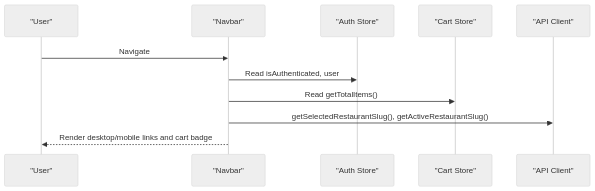
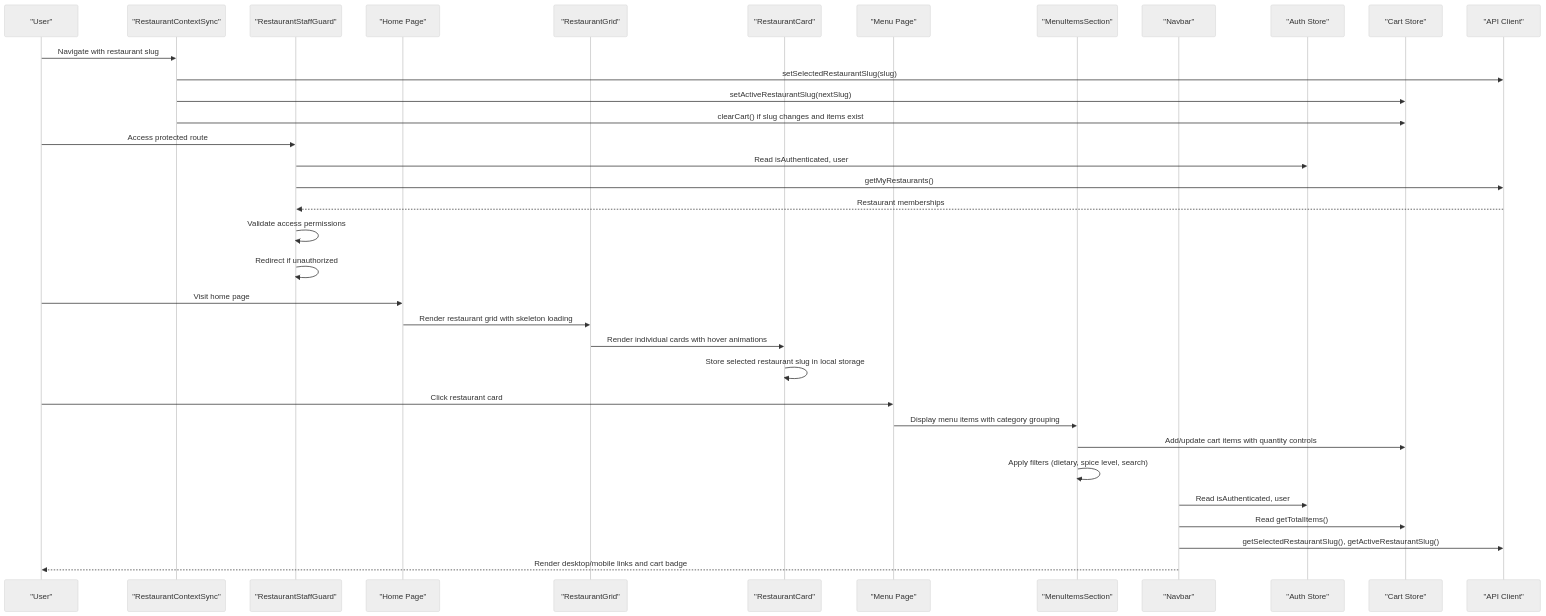
One commit to Dequeue-Tech/DeQ-Bite changed the second of 11 diagrams in .qoder/repowiki/en/content/Frontend System/Component Library.md. Above: the diagram before and after it, drawn with Mermaid (neutral theme). The commit also changed other lines of this file and 25 other files, not shown here.

````diff
--- a/.qoder/repowiki/en/content/Frontend System/Component Library.md
+++ b/.qoder/repowiki/en/content/Frontend System/Component Library.md
@@ -110,13 +193,37 @@
 ```mermaid
 sequenceDiagram
 participant U as "User"
+participant RCS as "RestaurantContextSync"
+participant RSG as "RestaurantStaffGuard"
+participant HP as "Home Page"
+participant RG as "RestaurantGrid"
+participant RC as "RestaurantCard"
+participant MP as "Menu Page"
+participant MIS as "MenuItemsSection"
 participant Nav as "Navbar"
 participant Auth as "Auth Store"
 participant Cart as "Cart Store"
 participant API as "API Client"
-U->>Nav : Navigate
+U->>RCS : Navigate with restaurant slug
+RCS->>API : setSelectedRestaurantSlug(slug)
+RCS->>Cart : setActiveRestaurantSlug(nextSlug)
+RCS->>Cart : clearCart() if slug changes and items exist
+U->>RSG : Access protected route
+RSG->>Auth : Read isAuthenticated, user
+RSG->>API : getMyRestaurants()
+API-->>RSG : Restaurant memberships
+RSG->>RSG : Validate access permissions
+RSG->>RSG : Redirect if unauthorized
+U->>HP : Visit home page
+HP->>RG : Render restaurant grid with skeleton loading
+RG->>RC : Render individual cards with hover animations
+RC->>RC : Store selected restaurant slug in local storage
+U->>MP : Click restaurant card
+MP->>MIS : Display menu items with category grouping
+MIS->>Cart : Add/update cart items with quantity controls
+MIS->>MIS : Apply filters (dietary, spice level, search)
 Nav->>Auth : Read isAuthenticated, user
 Nav->>Cart : Read getTotalItems()
 Nav->>API : getSelectedRestaurantSlug(), getActiveRestaurantSlug()
 Nav-->>U : Render desktop/mobile links and cart badge
 ```
````
